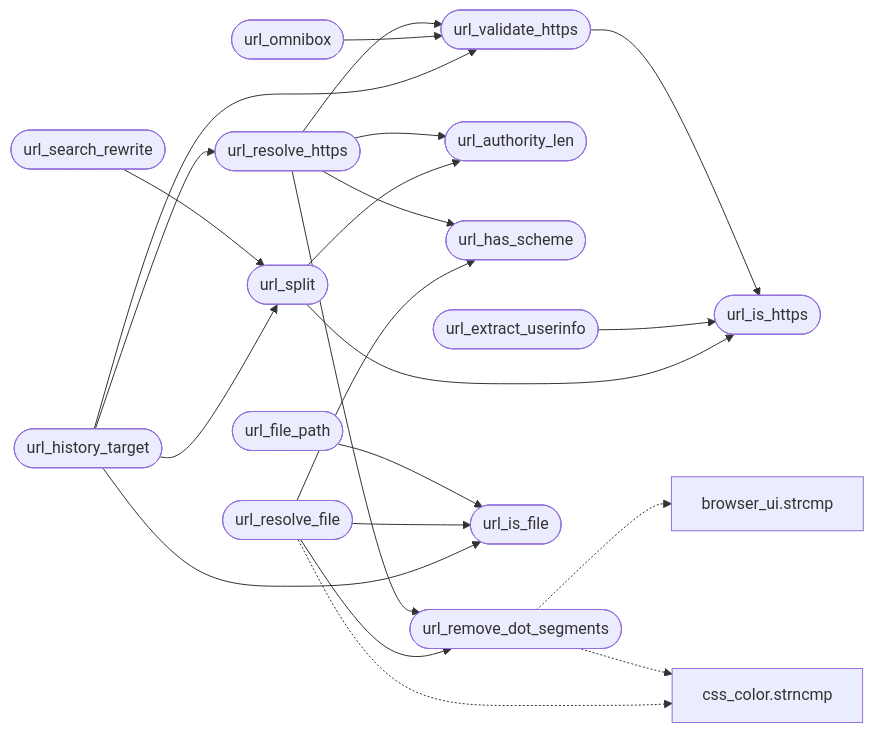
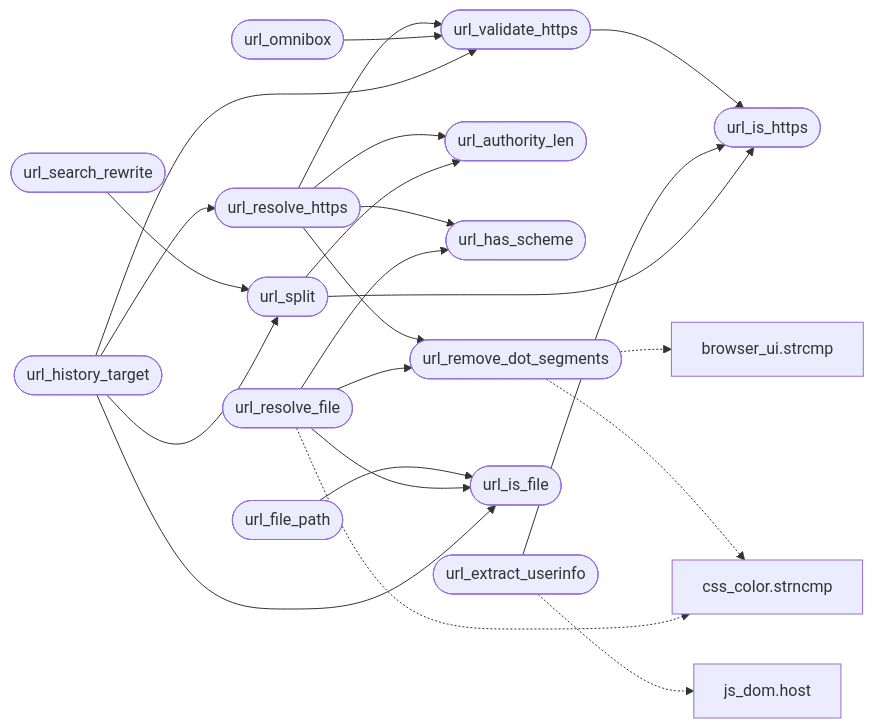
One commit to grisuno/FreeDom changed the diagram in readmenator-apidocs/modules/src.url.c.md. Above: the diagram before and after it, drawn with Mermaid. The commit also changed other lines of this file and 240 other files, not shown here.

````diff
--- a/readmenator-apidocs/modules/src.url.c.md
+++ b/readmenator-apidocs/modules/src.url.c.md
@@ -14,40 +14,42 @@
 ```mermaid
 flowchart LR
     n_src_url_c__url_validate_https(["url_validate_https"])
     n_src_url_c__url_is_https(["url_is_https"])
     n_src_url_c__url_resolve_https(["url_resolve_https"])
     n_src_url_c__url_authority_len(["url_authority_len"])
     n_src_url_c__url_has_scheme(["url_has_scheme"])
     n_src_url_c__url_remove_dot_segments(["url_remove_dot_segments"])
     n_src_url_c__url_omnibox(["url_omnibox"])
     n_src_url_c__url_search_rewrite(["url_search_rewrite"])
     n_src_url_c__url_split(["url_split"])
     n_src_url_c__url_extract_userinfo(["url_extract_userinfo"])
     n_src_url_c__url_file_path(["url_file_path"])
     n_src_url_c__url_is_file(["url_is_file"])
     n_src_url_c__url_resolve_file(["url_resolve_file"])
     n_src_url_c__url_history_target(["url_history_target"])
     n_gui_browser_ui_c__strcmp["browser_ui.strcmp"]
     n_src_css_color_c__strncmp["css_color.strncmp"]
+    n_include_js_dom_h__host["js_dom.host"]
     n_src_url_c__url_validate_https --> n_src_url_c__url_is_https
     n_src_url_c__url_resolve_https --> n_src_url_c__url_authority_len
     n_src_url_c__url_resolve_https --> n_src_url_c__url_has_scheme
     n_src_url_c__url_resolve_https --> n_src_url_c__url_remove_dot_segments
     n_src_url_c__url_resolve_https --> n_src_url_c__url_validate_https
     n_src_url_c__url_omnibox --> n_src_url_c__url_validate_https
     n_src_url_c__url_search_rewrite --> n_src_url_c__url_split
     n_src_url_c__url_extract_userinfo --> n_src_url_c__url_is_https
     n_src_url_c__url_file_path --> n_src_url_c__url_is_file
     n_src_url_c__url_resolve_file --> n_src_url_c__url_has_scheme
     n_src_url_c__url_resolve_file --> n_src_url_c__url_is_file
     n_src_url_c__url_resolve_file --> n_src_url_c__url_remove_dot_segments
     n_src_url_c__url_split --> n_src_url_c__url_authority_len
     n_src_url_c__url_split --> n_src_url_c__url_is_https
     n_src_url_c__url_history_target --> n_src_url_c__url_is_file
     n_src_url_c__url_history_target --> n_src_url_c__url_resolve_https
     n_src_url_c__url_history_target --> n_src_url_c__url_split
     n_src_url_c__url_history_target --> n_src_url_c__url_validate_https
     n_src_url_c__url_remove_dot_segments -.-> n_gui_browser_ui_c__strcmp
     n_src_url_c__url_remove_dot_segments -.-> n_src_css_color_c__strncmp
+    n_src_url_c__url_extract_userinfo -.-> n_include_js_dom_h__host
     n_src_url_c__url_resolve_file -.-> n_src_css_color_c__strncmp
 ```
````
